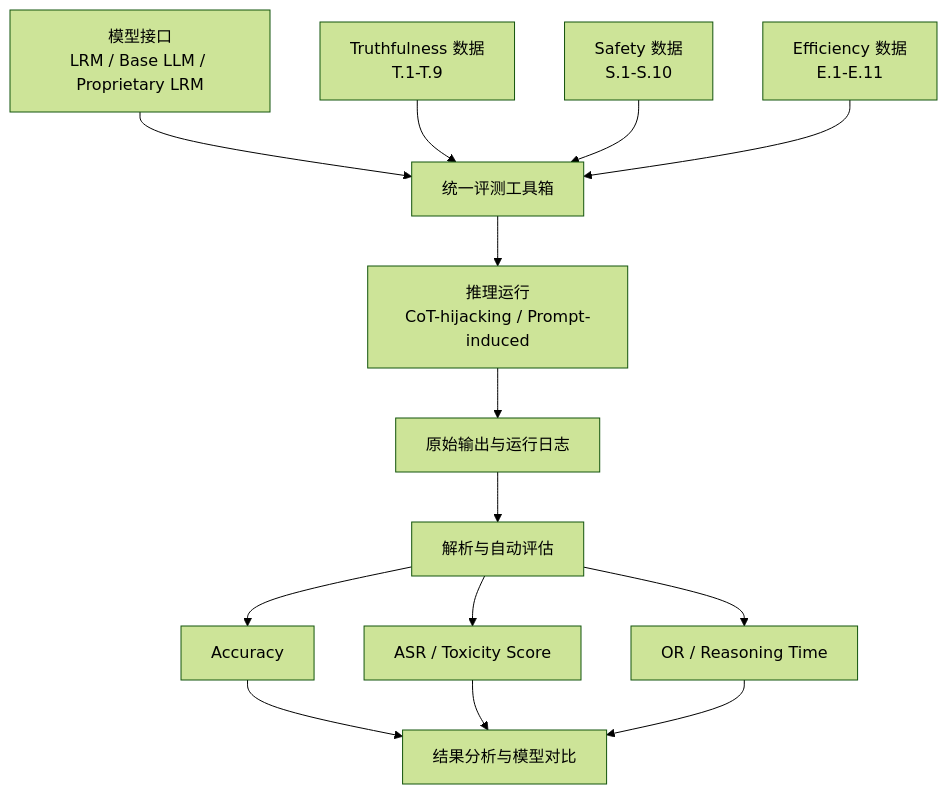
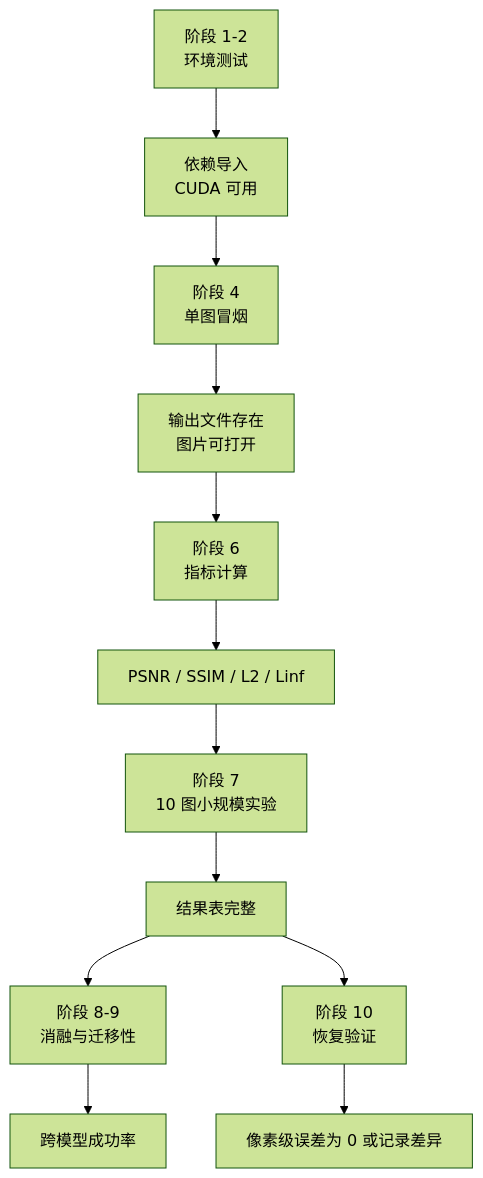
Before and after one commit to AMA123-OSS/llm-paper-reproduction: the second of 2 diagrams in 架构概览.md, drawn with Mermaid (forest theme). The commit also changed other lines of this file and 57 other files, not shown here.

````diff
--- a/架构概览.md
+++ b/架构概览.md
@@ -22,16 +160,14 @@
 ```mermaid
 flowchart TD
-    M["模型接口<br/>LRM / Base LLM / Proprietary LRM"] --> R["统一评测工具箱"]
-    D1["Truthfulness 数据<br/>T.1-T.9"] --> R
-    D2["Safety 数据<br/>S.1-S.10"] --> R
-    D3["Efficiency 数据<br/>E.1-E.11"] --> R
-    R --> L["推理运行<br/>CoT-hijacking / Prompt-induced"]
-    L --> O["原始输出与运行日志"]
-    O --> P["解析与自动评估"]
-    P --> Q1["Accuracy"]
-    P --> Q2["ASR / Toxicity Score"]
-    P --> Q3["OR / Reasoning Time"]
-    Q1 --> S["结果分析与模型对比"]
-    Q2 --> S
-    Q3 --> S
+    A["阶段 1-2<br/>环境测试"] --> B["依赖导入<br/>CUDA 可用"]
+    B --> C["阶段 4<br/>单图冒烟"]
+    C --> D["输出文件存在<br/>图片可打开"]
+    D --> E["阶段 6<br/>指标计算"]
+    E --> F["PSNR / SSIM / L2 / Linf"]
+    F --> G["阶段 7<br/>10 图小规模实验"]
+    G --> H["结果表完整"]
+    H --> I["阶段 8-9<br/>消融与迁移性"]
+    I --> J["跨模型成功率"]
+    H --> K["阶段 10<br/>恢复验证"]
+    K --> L["像素级误差为 0 或记录差异"]
 ```
````
